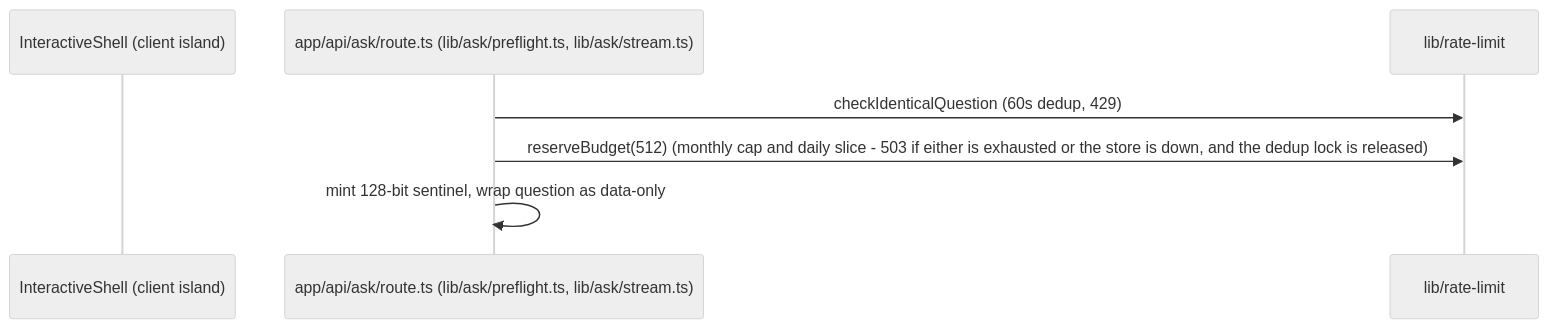
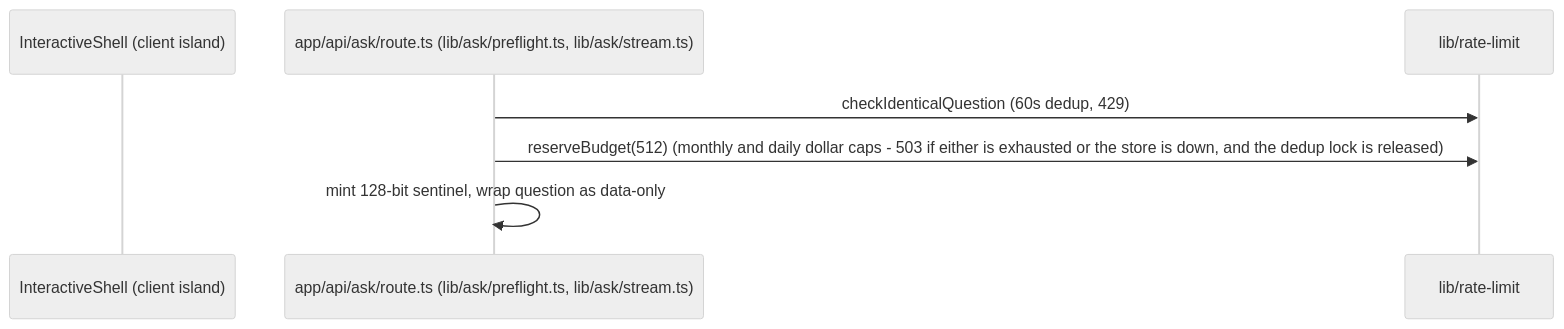
Before and after one commit to erikunha/portfolio: the eighth of 14 diagrams in docs/03-rendering-and-data-flow.md, drawn with Mermaid (neutral theme). The commit also changed 19 other files, not shown here.

First line of the commit message:
fix(ask): meter the ask budget in dollars so cache reads stop exhausting the daily slice

````diff
--- a/docs/03-rendering-and-data-flow.md
+++ b/docs/03-rendering-and-data-flow.md
@@ -182,10 +182,10 @@
 ```mermaid
 sequenceDiagram
     participant U as InteractiveShell (client island)
     participant R as app/api/ask/route.ts (lib/ask/preflight.ts, lib/ask/stream.ts)
     participant RL as lib/rate-limit
 
     R->>RL: checkIdenticalQuestion (60s dedup, 429)
-    R->>RL: reserveBudget(512)  (monthly cap and daily slice - 503 if either is exhausted or the store is down, and the dedup lock is released)
+    R->>RL: reserveBudget(512)  (monthly and daily dollar caps - 503 if either is exhausted or the store is down, and the dedup lock is released)
     R->>R: mint 128-bit sentinel, wrap question as data-only
 ```
````
